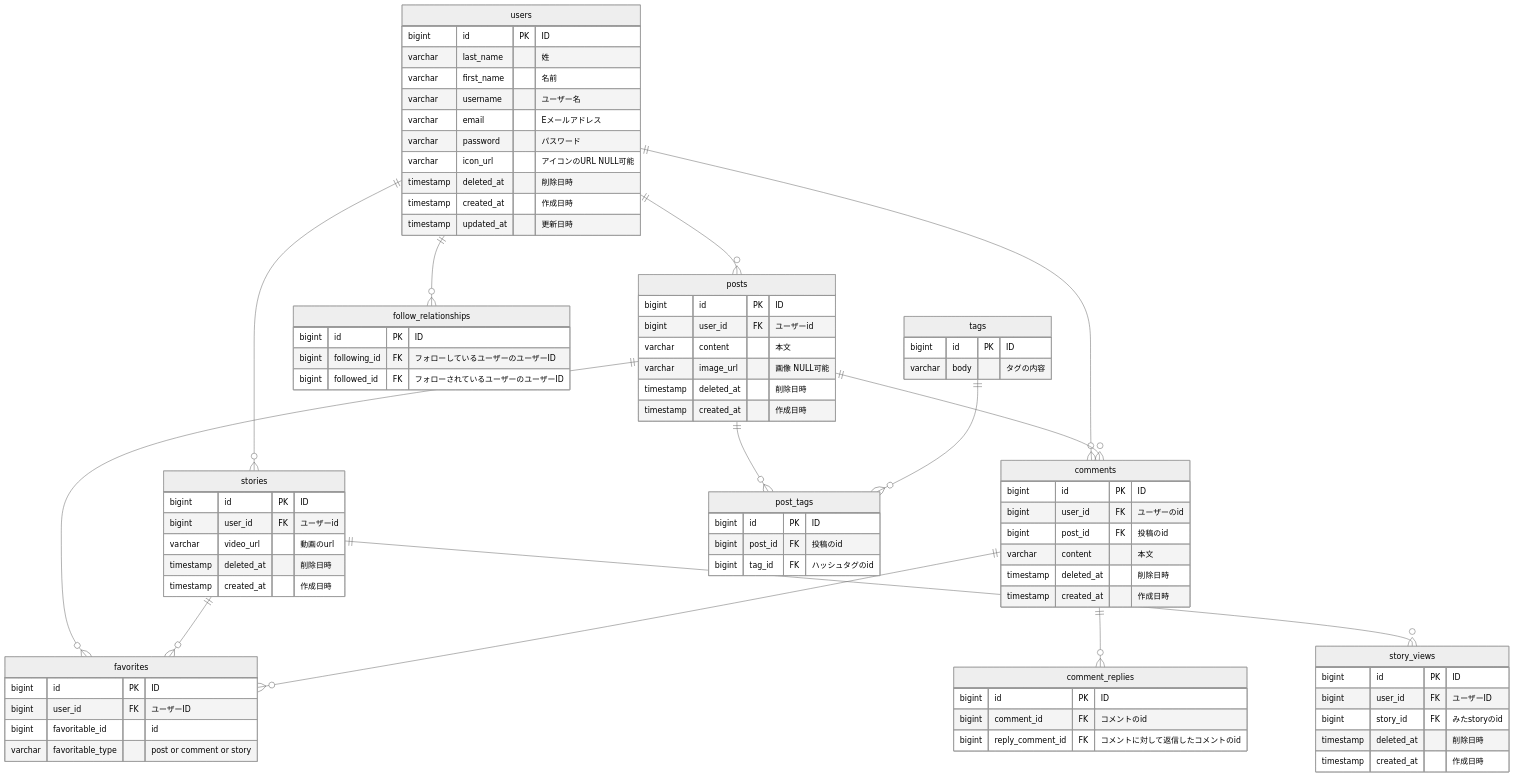
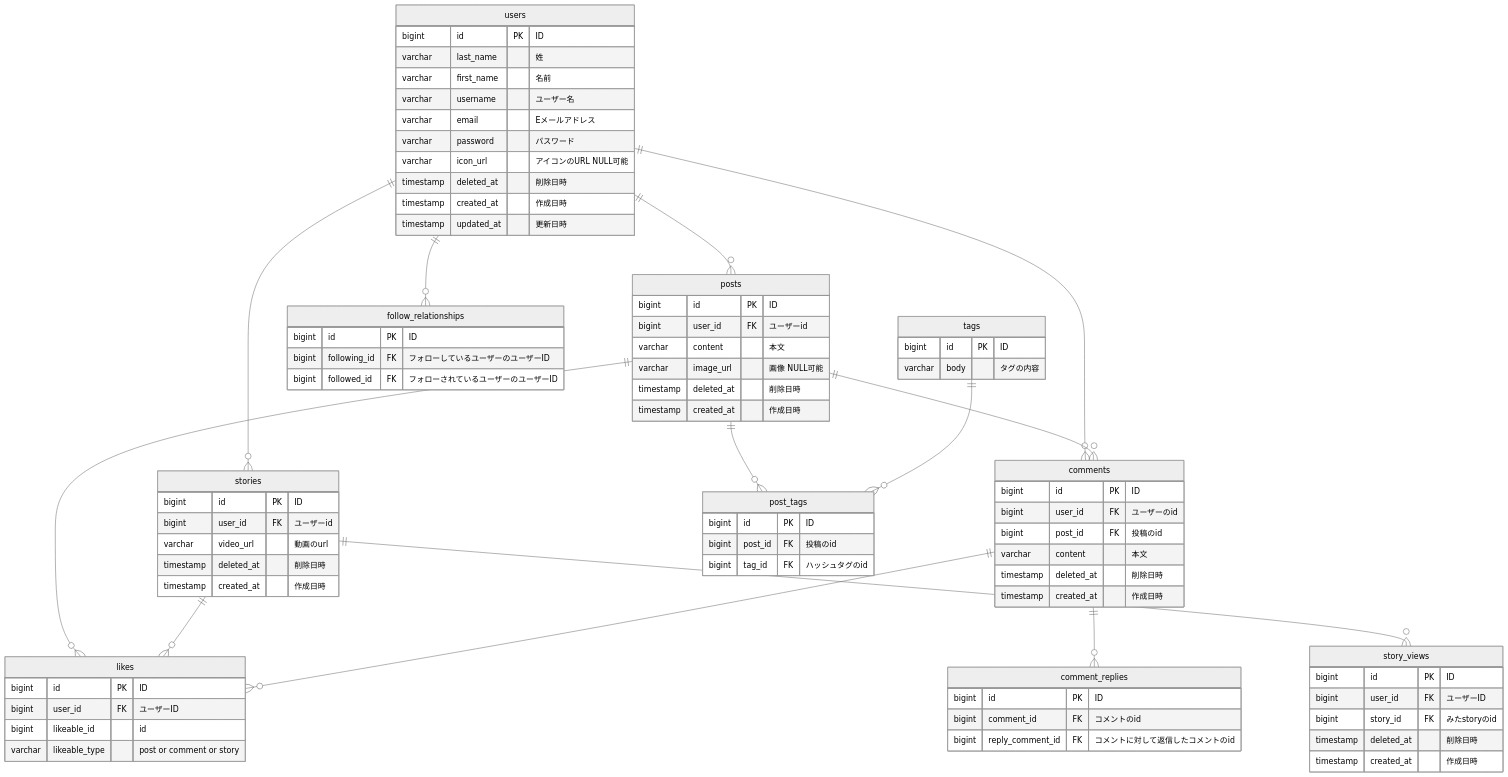
Before and after one commit to StoryEdutech/study_repo: the diagram in kinoshita/pracitce-erd/ER図.md, drawn with Mermaid (neutral theme).

Commit message:
favoritesをlikesに戻す

```diff
--- a/kinoshita/pracitce-erd/ER図.md
+++ b/kinoshita/pracitce-erd/ER図.md
@@ -10,9 +10,9 @@
 
     tags ||--o{ post_tags : ""
 
-    posts ||--o{ favorites : ""
-    stories ||--o{ favorites : ""
-    comments ||--o{ favorites : ""
+    posts ||--o{ likes : ""
+    stories ||--o{ likes : ""
+    comments ||--o{ likes : ""
 
     comments ||--o{ comment_replies : ""
 
@@ -80,11 +80,11 @@
       timestamp created_at "作成日時"
     }
 
-    favorites {
+    likes {
       bigint id PK "ID"
       bigint user_id FK "ユーザーID"
-      bigint favoritable_id "id"
-      varchar favoritable_type "post or comment or story"
+      bigint likeable_id "id"
+      varchar likeable_type "post or comment or story"
     }
 
     story_views {
```
